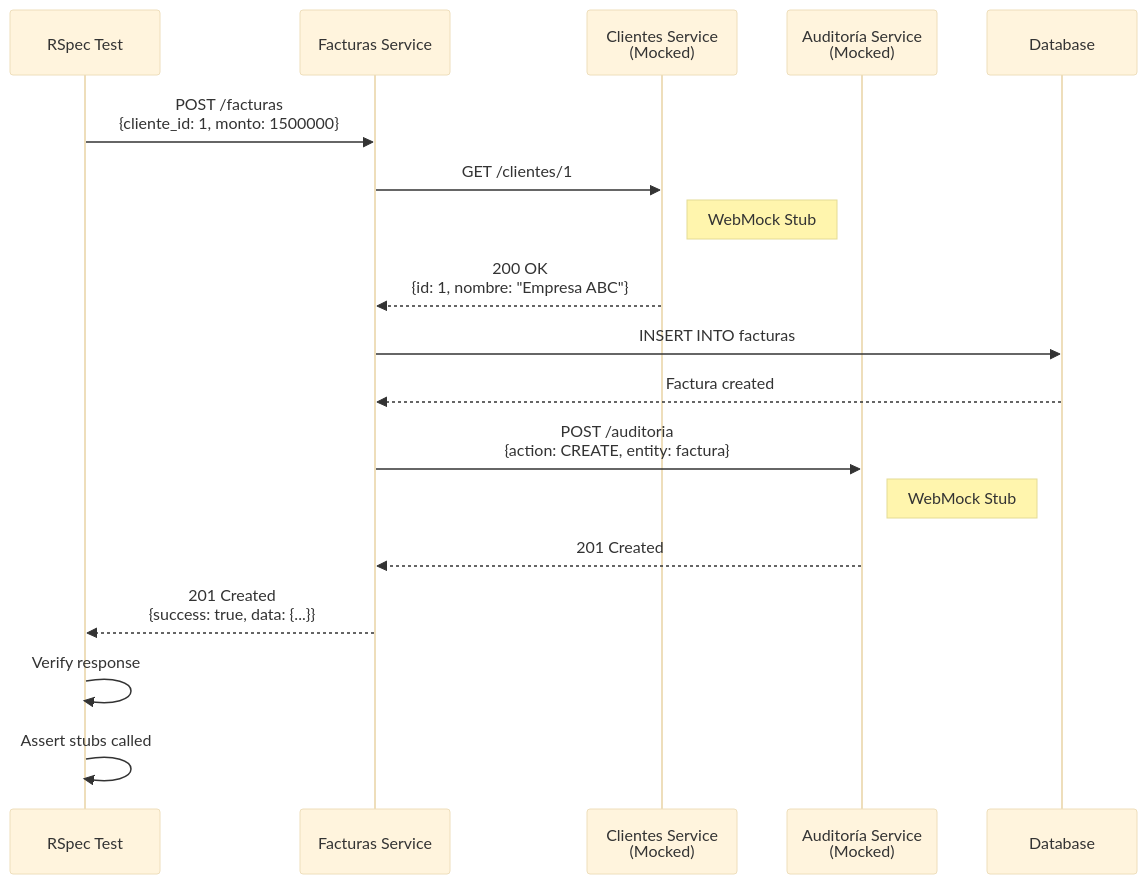
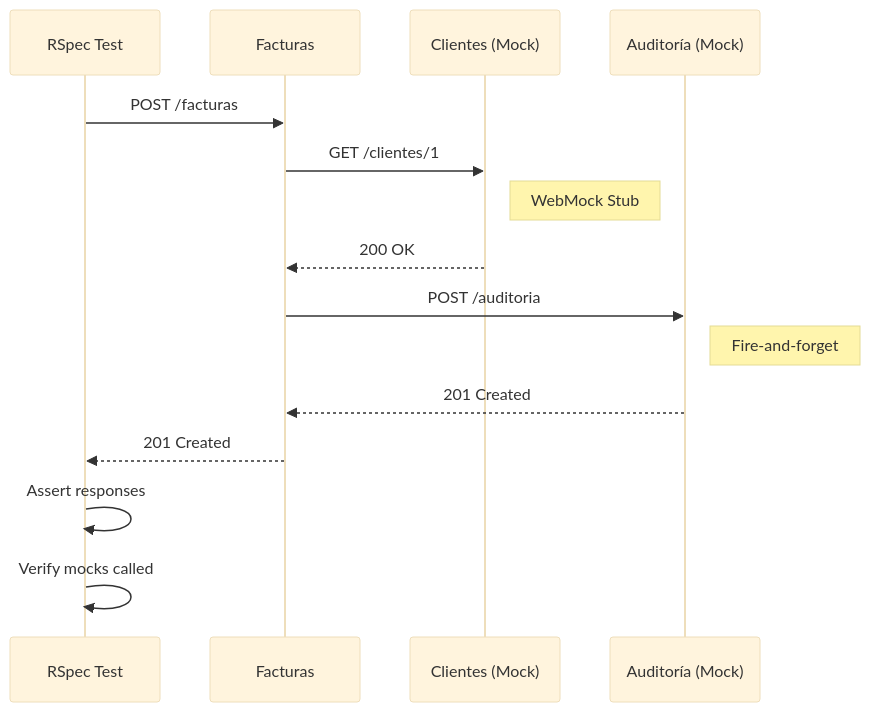
The second of 2 diagrams in docs/TESTING.md (Asimpl3-Hero/RubyDoubleV), drawn with Mermaid (base theme) before and after one commit. The commit also changed other lines of this file, not shown here.

````diff
--- a/docs/TESTING.md
+++ b/docs/TESTING.md
@@ -205,26 +82,22 @@
 ```mermaid
 sequenceDiagram
     participant Test as RSpec Test
-    participant Facturas as Facturas Service
-    participant ClientesMock as Clientes Service<br/>(Mocked)
-    participant AuditMock as Auditoría Service<br/>(Mocked)
-    participant DB as Database
+    participant Facturas
+    participant ClientesMock as Clientes (Mock)
+    participant AuditMock as Auditoría (Mock)
 
-    Test->>Facturas: POST /facturas<br/>{cliente_id: 1, monto: 1500000}
+    Test->>Facturas: POST /facturas
 
     Facturas->>ClientesMock: GET /clientes/1
     Note right of ClientesMock: WebMock Stub
-    ClientesMock-->>Facturas: 200 OK<br/>{id: 1, nombre: "Empresa ABC"}
+    ClientesMock-->>Facturas: 200 OK
 
-    Facturas->>DB: INSERT INTO facturas
-    DB-->>Facturas: Factura created
-
-    Facturas->>AuditMock: POST /auditoria<br/>{action: CREATE, entity: factura}
-    Note right of AuditMock: WebMock Stub
+    Facturas->>AuditMock: POST /auditoria
+    Note right of AuditMock: Fire-and-forget
     AuditMock-->>Facturas: 201 Created
 
-    Facturas-->>Test: 201 Created<br/>{success: true, data: {...}}
+    Facturas-->>Test: 201 Created
 
-    Test->>Test: Verify response
-    Test->>Test: Assert stubs called
+    Test->>Test: Assert responses
+    Test->>Test: Verify mocks called
 ```
````
